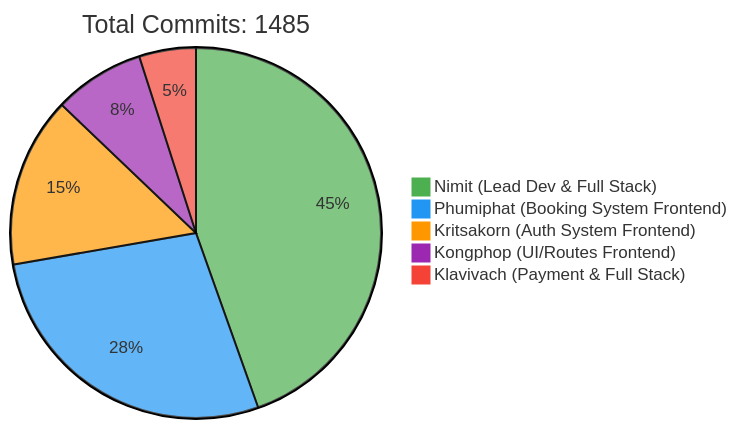
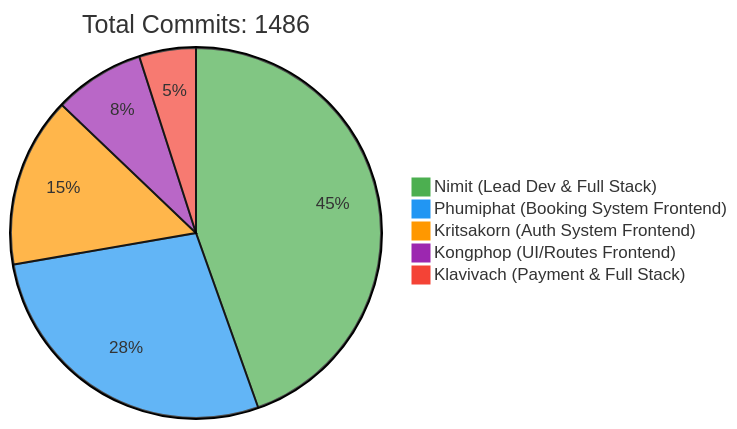
One commit to 6531503042/Sport-Complex changed the first of 2 diagrams in README.md. Above: the diagram before and after it, drawn with Mermaid. The commit also changed other lines of this file, not shown here.

Commit message:
docs: Update contributor statistics [skip ci]

````diff
--- a/README.md
+++ b/README.md
@@ -257,10 +257,10 @@
 ```mermaid
 %%{init: {'theme': 'base', 'themeVariables': { 'pie1': '#4CAF50', 'pie2': '#2196F3', 'pie3': '#FF9800', 'pie4': '#9C27B0', 'pie5': '#F44336'}}}%%
 pie
-    title Total Commits: 1485
+    title Total Commits: 1486
     "Nimit (Lead Dev & Full Stack)" : 450
     "Phumiphat (Booking System Frontend)" : 280
     "Kritsakorn (Auth System Frontend)" : 150
     "Kongphop (UI/Routes Frontend)" : 80
     "Klavivach (Payment & Full Stack)" : 50
 ```
````
